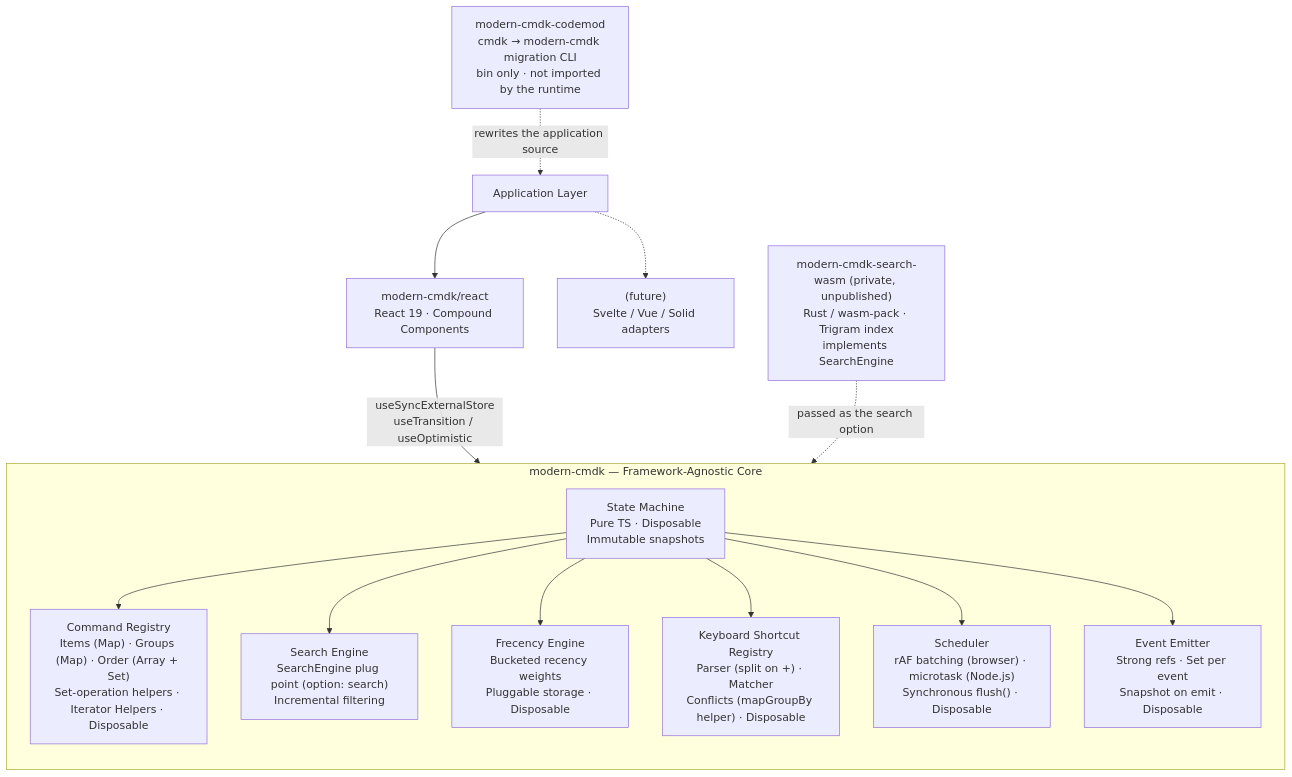
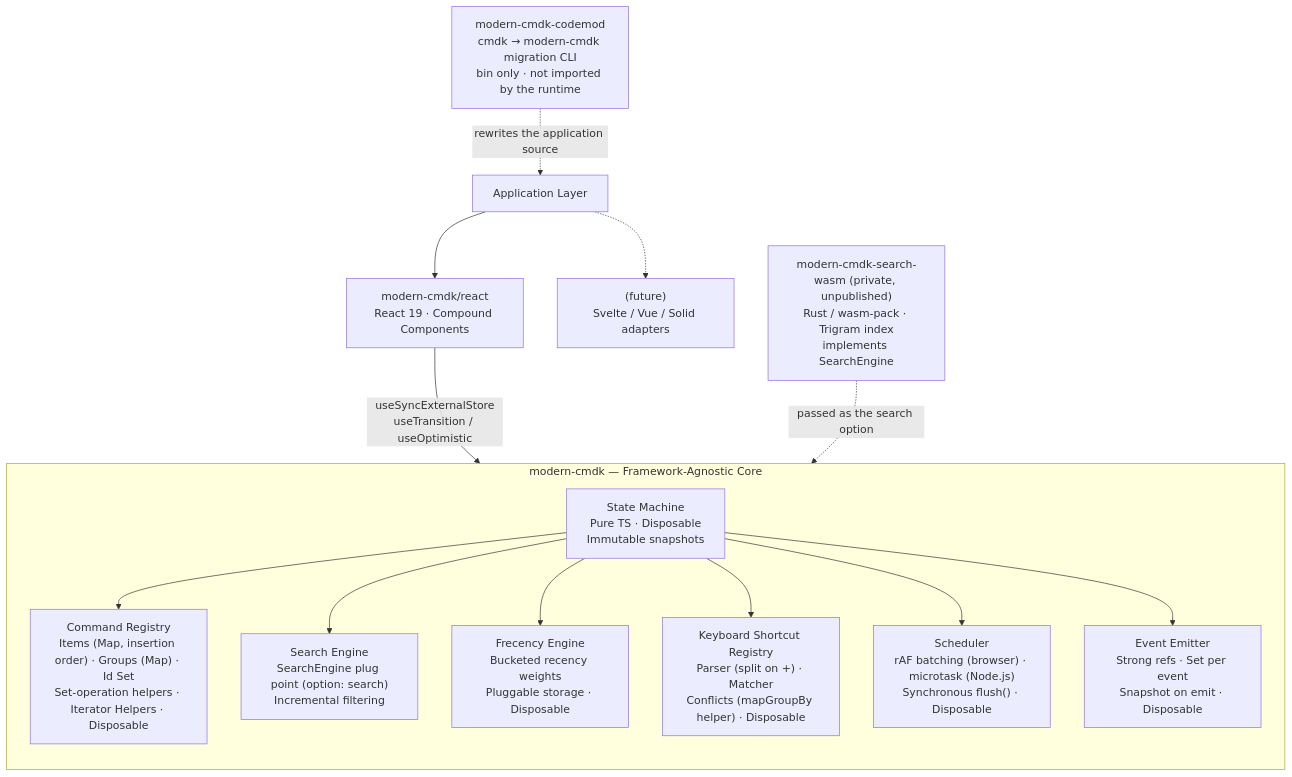
Before and after one commit to ABCrimson/modern-cmdk: the first of 5 diagrams in ARCHITECTURE.md, drawn with Mermaid. The commit also changed other lines of this file, not shown here.

````diff
--- a/ARCHITECTURE.md
+++ b/ARCHITECTURE.md
@@ -45,33 +45,33 @@
 ```mermaid
 flowchart TB
     App["Application Layer"]
 
     React["modern-cmdk/react<br/>React 19 · Compound Components"]
     Codemod["modern-cmdk-codemod<br/>cmdk → modern-cmdk migration CLI<br/>bin only · not imported by the runtime"]
     Future["(future)<br/>Svelte / Vue / Solid adapters"]
 
     subgraph core ["modern-cmdk — Framework-Agnostic Core"]
         direction TB
         SM["State Machine<br/>Pure TS · Disposable<br/>Immutable snapshots"]
         SE["Search Engine<br/>SearchEngine plug point (option: search)<br/>Incremental filtering"]
         FE["Frecency Engine<br/>Bucketed recency weights<br/>Pluggable storage · Disposable"]
-        REG["Command Registry<br/>Items (Map) · Groups (Map) · Order (Array + Set)<br/>Set-operation helpers · Iterator Helpers · Disposable"]
+        REG["Command Registry<br/>Items (Map, insertion order) · Groups (Map) · Id Set<br/>Set-operation helpers · Iterator Helpers · Disposable"]
         KB["Keyboard Shortcut Registry<br/>Parser (split on +) · Matcher<br/>Conflicts (mapGroupBy helper) · Disposable"]
         SCH["Scheduler<br/>rAF batching (browser) · microtask (Node.js)<br/>Synchronous flush() · Disposable"]
         EM["Event Emitter<br/>Strong refs · Set per event<br/>Snapshot on emit · Disposable"]
         SM --> REG
         SM --> SE
         SM --> FE
         SM --> KB
         SM --> SCH
         SM --> EM
     end
 
     WASM["modern-cmdk-search-wasm (private, unpublished)<br/>Rust / wasm-pack · Trigram index<br/>implements SearchEngine"]
 
     App --> React
     App -.-> Future
     Codemod -.->|"rewrites the application source"| App
     React -->|"useSyncExternalStore<br/>useTransition / useOptimistic"| core
     WASM -.->|"passed as the search option"| core
 ```
````
